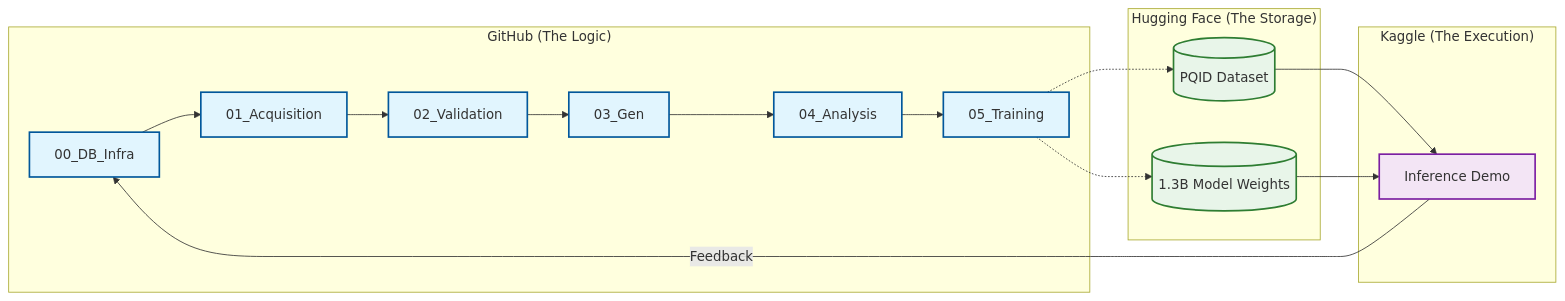
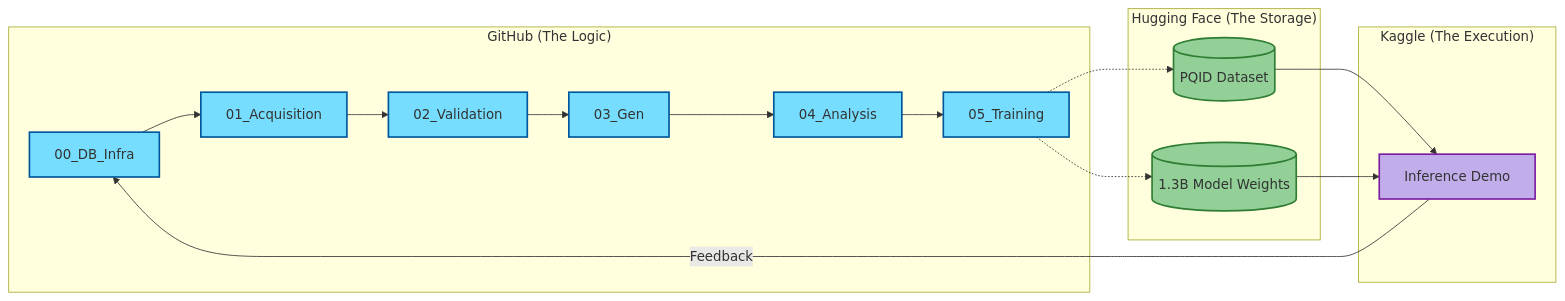
One commit to Elias-Abebe-Gasparini/PQID-Dataset changed the first of 4 diagrams in README.md. Above: the diagram before and after it, drawn with Mermaid. The commit also changed other lines of this file, not shown here.

Commit message:
Docs: Finalize standard Table of Contents with local linter override using the link directly taken from the Github UI section anchor link

````diff
--- a/README.md
+++ b/README.md
@@ -39,36 +39,36 @@
 ```mermaid
 graph LR
     %% Class Definitions
-    classDef github fill:#e1f5fe,stroke:#01579b,stroke-width:2px;
-    classDef hf fill:#e8f5e9,stroke:#2e7d32,stroke-width:2px;
-    classDef kaggle fill:#f3e5f5,stroke:#7b1fa2,stroke-width:2px;
+    classDef github fill:#76ddff,stroke:#01579b,stroke-width:2px;
+    classDef hf fill:#92d097,stroke:#2e7d32,stroke-width:2px;
+    classDef kaggle fill:#c1adea,stroke:#7b1fa2,stroke-width:2px;
 
     subgraph "GitHub (The Logic)"
         A[00_DB_Infra] --> B[01_Acquisition]
         B --> C[02_Validation]
         C --> D[03_Gen]
         D --> E[04_Analysis]
         E --> F[05_Training]
     end
 
     subgraph "Hugging Face (The Storage)"
         G[(PQID Dataset)]
         H[(1.3B Model Weights)]
     end
 
     subgraph "Kaggle (The Execution)"
         I[Inference Demo]
     end
 
     %% Applying Classes
     class A,B,C,D,E,F github;
     class G,H hf;
     class I kaggle;
 
     %% Connections
     F -.-> G
     F -.-> H
     G --> I
     H --> I
     I -- Feedback --> A
 ```
````
